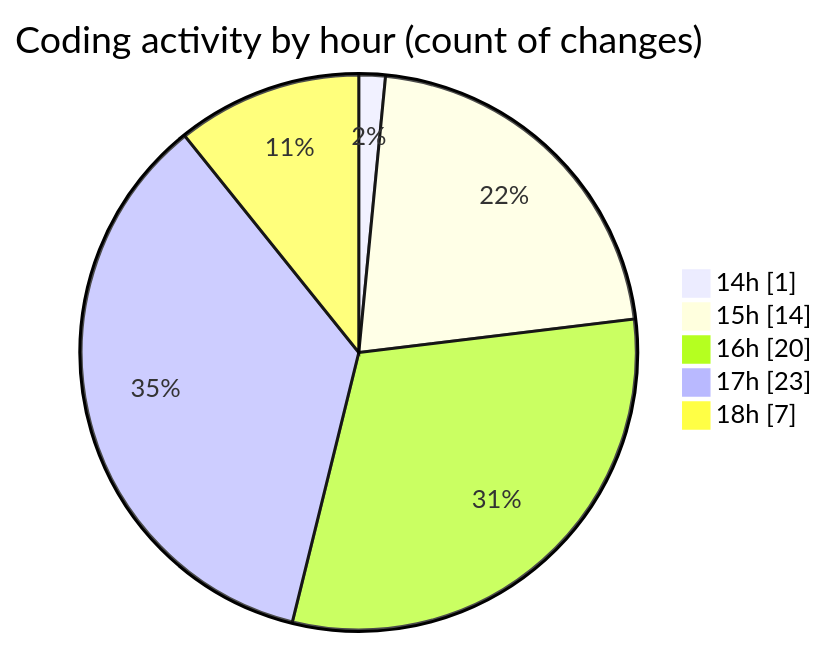
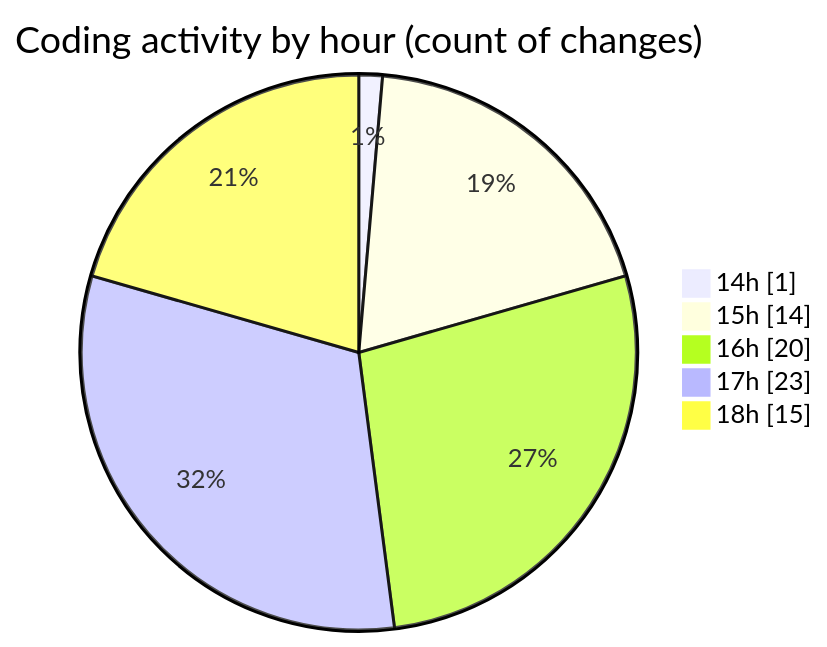
The second of 2 diagrams in 2025-05-12/argos-dev/README.md (nxtqubesakshisongat/code-tracking), drawn with Mermaid before and after one commit. The commit also changed other lines of this file and 1 other file, not shown here.

````diff
--- a/2025-05-12/argos-dev/README.md
+++ b/2025-05-12/argos-dev/README.md
@@ -34,9 +34,9 @@
 ```mermaid
 pie showData
 title Coding activity by hour (count of changes)
 "14h" : 1
 "15h" : 14
 "16h" : 20
 "17h" : 23
-"18h" : 7
+"18h" : 15
 ```
````
